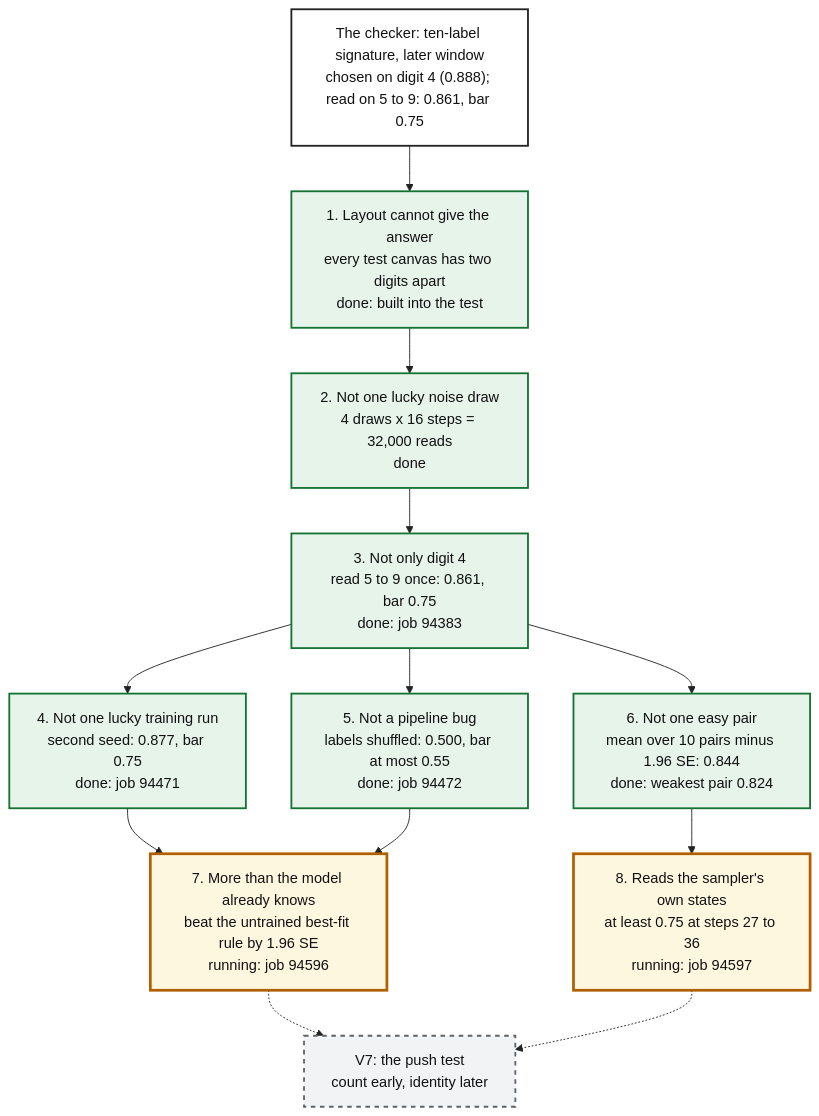
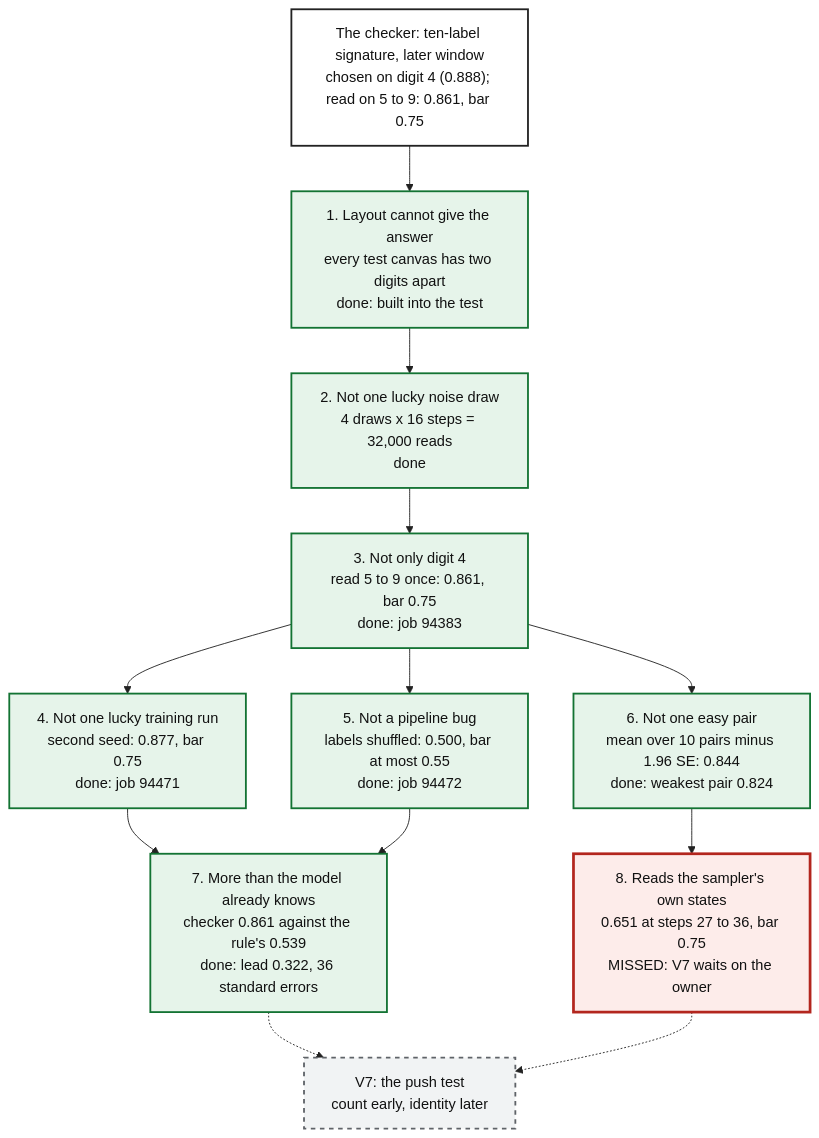
Before and after one commit to mo-rsa24/concept-composition: the diagram in artifacts/notes/progress/abstract-checkers/10-reading-identity/robustness-ladder.mmd, drawn with Mermaid. The commit also changed 4 other files, not shown here.

Commit message:
V6 checks: the checker beats the untrained rule (0.861 against 0.539) and reads sampler states at 0.651, under 0.75; V7 waits on the owner

```diff
--- a/artifacts/notes/progress/abstract-checkers/10-reading-identity/robustness-ladder.mmd
+++ b/artifacts/notes/progress/abstract-checkers/10-reading-identity/robustness-ladder.mmd
@@ -1,25 +1,26 @@
 %%{init: {'theme': 'base', 'themeVariables': {'fontFamily': 'monospace', 'primaryColor': '#ffffff', 'primaryBorderColor': '#222222', 'primaryTextColor': '#111111', 'lineColor': '#222222'}}}%%
 flowchart TB
   classDef pass fill:#e6f4ea,stroke:#137333,stroke-width:2px,color:#111111
   classDef run fill:#fef7e0,stroke:#b06000,stroke-width:3px,color:#111111
   classDef wait fill:#f1f3f4,stroke:#5f6368,stroke-width:2px,stroke-dasharray:5 5,color:#111111
+  classDef miss fill:#fdecea,stroke:#b3261e,stroke-width:3px,color:#111111
   classDef plain fill:#ffffff,stroke:#222222,stroke-width:2px,color:#111111
   C["The checker: ten-label signature, later window<br/>chosen on digit 4 (0.888); read on 5 to 9: 0.861, bar 0.75"]:::plain
   R1["1. Layout cannot give the answer<br/>every test canvas has two digits apart<br/>done: built into the test"]:::pass
   R2["2. Not one lucky noise draw<br/>4 draws x 16 steps = 32,000 reads<br/>done"]:::pass
   R3["3. Not only digit 4<br/>read 5 to 9 once: 0.861, bar 0.75<br/>done: job 94383"]:::pass
   R4["4. Not one lucky training run<br/>second seed: 0.877, bar 0.75<br/>done: job 94471"]:::pass
   R5["5. Not a pipeline bug<br/>labels shuffled: 0.500, bar at most 0.55<br/>done: job 94472"]:::pass
   R6["6. Not one easy pair<br/>mean over 10 pairs minus 1.96 SE: 0.844<br/>done: weakest pair 0.824"]:::pass
-  B7["7. More than the model already knows<br/>beat the untrained best-fit rule by 1.96 SE<br/>running: job 94596"]:::run
-  S8["8. Reads the sampler's own states<br/>at least 0.75 at steps 27 to 36<br/>running: job 94597"]:::run
+  B7["7. More than the model already knows<br/>checker 0.861 against the rule's 0.539<br/>done: lead 0.322, 36 standard errors"]:::pass
+  S8["8. Reads the sampler's own states<br/>0.651 at steps 27 to 36, bar 0.75<br/>MISSED: V7 waits on the owner"]:::miss
   V7["V7: the push test<br/>count early, identity later"]:::wait
   C --> R1 --> R2 --> R3
   R3 --> R4
   R3 --> R5
   R3 --> R6
   R4 --> B7
   R5 --> B7
   R6 --> S8
   B7 -.-> V7
   S8 -.-> V7
```
